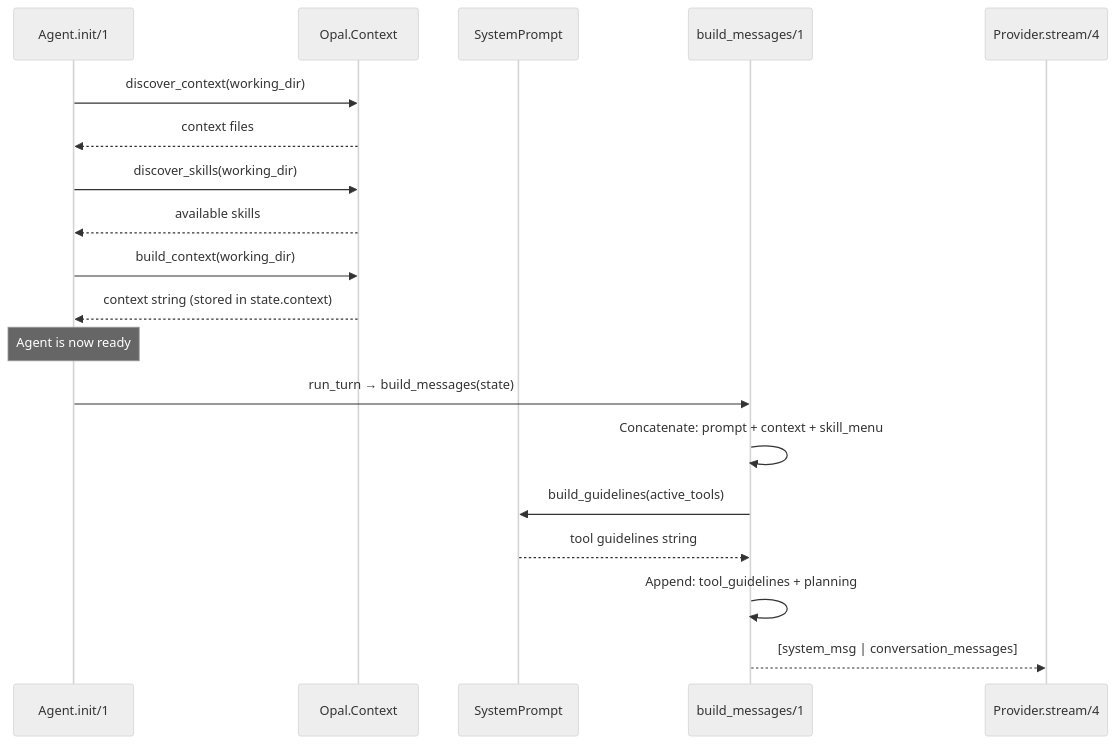
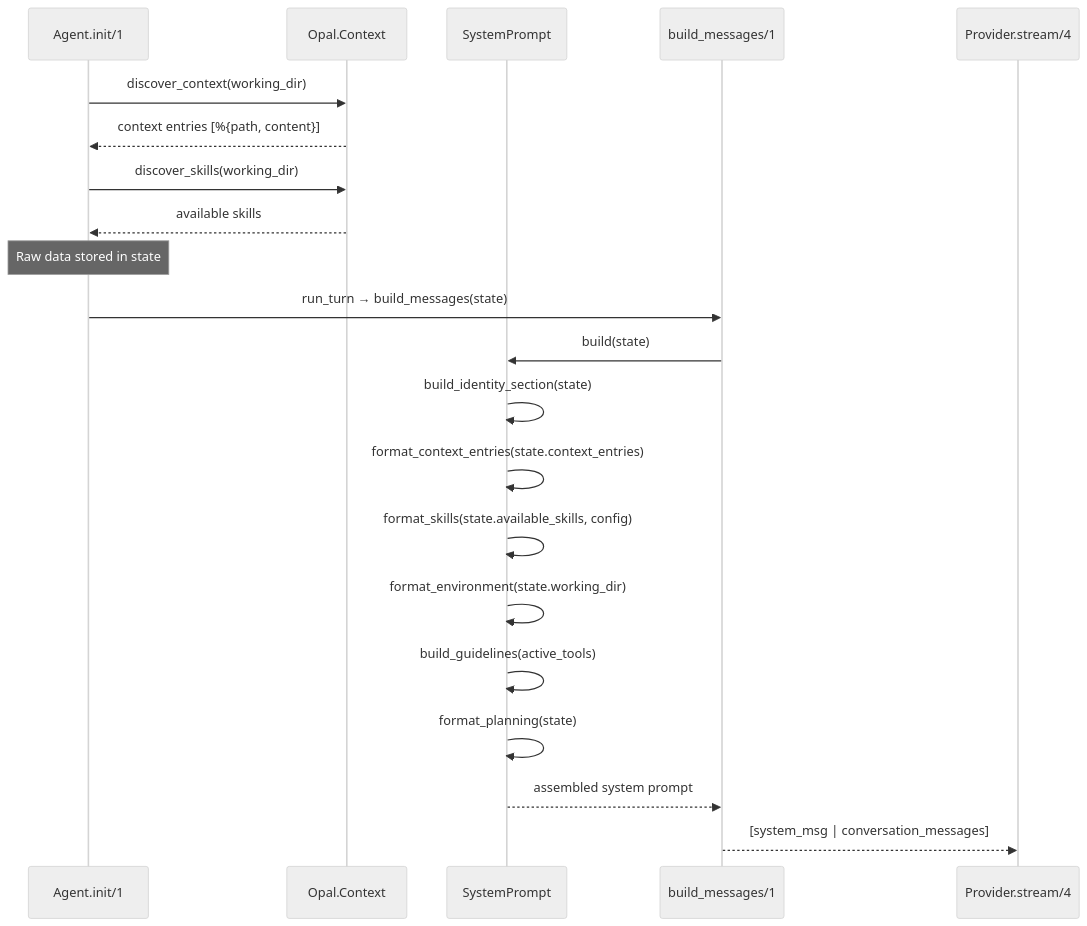
The third of 3 diagrams in docs/system-prompt.md (matteing/opal), drawn with Mermaid (neutral theme) before and after one commit. The commit also changed other lines of this file and 21 other files, not shown here.

````diff
--- a/docs/system-prompt.md
+++ b/docs/system-prompt.md
@@ -213,24 +238,25 @@
 ```mermaid
 sequenceDiagram
     participant Init as Agent.init/1
     participant Ctx as Opal.Context
     participant SP as SystemPrompt
     participant BM as build_messages/1
     participant LLM as Provider.stream/4
 
     Init->>Ctx: discover_context(working_dir)
-    Ctx-->>Init: context files
+    Ctx-->>Init: context entries [%{path, content}]
     Init->>Ctx: discover_skills(working_dir)
     Ctx-->>Init: available skills
-    Init->>Ctx: build_context(working_dir)
-    Ctx-->>Init: context string (stored in state.context)
-
-    Note over Init: Agent is now ready
+    Note over Init: Raw data stored in state
 
     Init->>BM: run_turn → build_messages(state)
-    BM->>BM: Concatenate: prompt + context + skill_menu
-    BM->>SP: build_guidelines(active_tools)
-    SP-->>BM: tool guidelines string
-    BM->>BM: Append: tool_guidelines + planning
+    BM->>SP: build(state)
+    SP->>SP: build_identity_section(state)
+    SP->>SP: format_context_entries(state.context_entries)
+    SP->>SP: format_skills(state.available_skills, config)
+    SP->>SP: format_environment(state.working_dir)
+    SP->>SP: build_guidelines(active_tools)
+    SP->>SP: format_planning(state)
+    SP-->>BM: assembled system prompt
     BM-->>LLM: [system_msg | conversation_messages]
 ```
````
